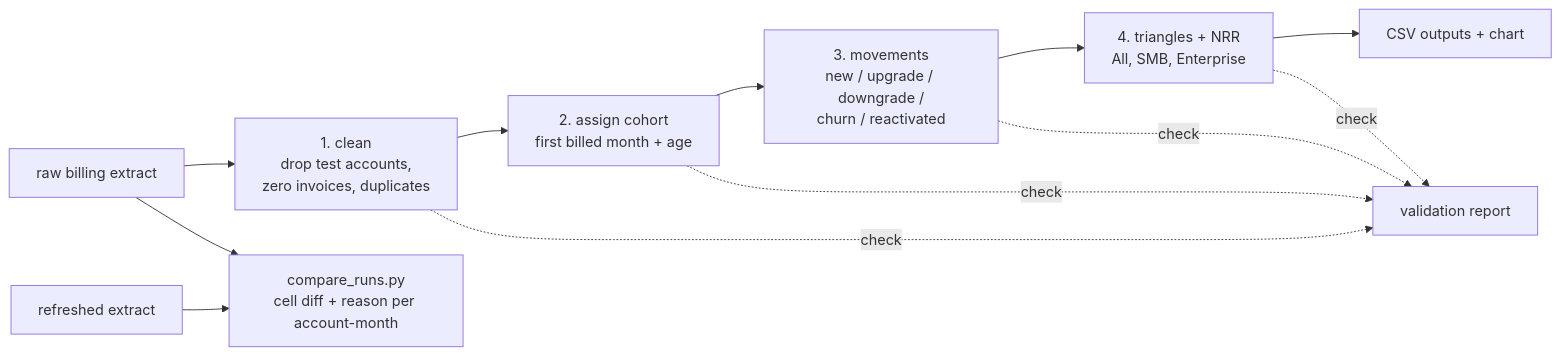
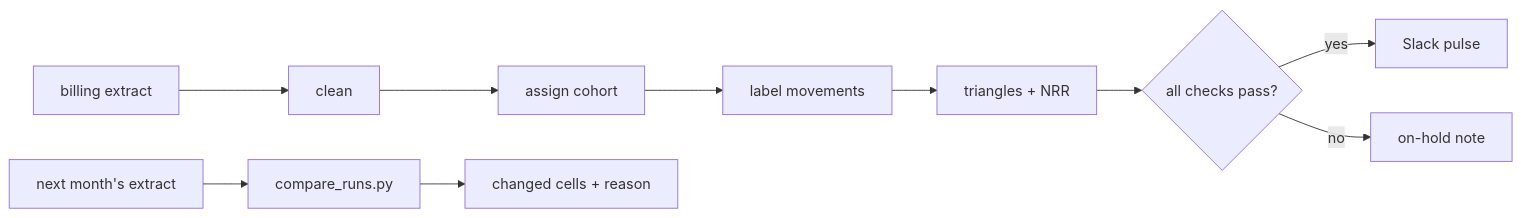
The first of 2 diagrams in README.md (reizaa/saas-cohort-retention), drawn with Mermaid before and after one commit. The commit also changed other lines of this file and 3 other files, not shown here.

````diff
--- a/README.md
+++ b/README.md
@@ -24,14 +21,11 @@
 ```mermaid
 flowchart LR
-    A[raw billing extract] --> B[1. clean<br/>drop test accounts,<br/>zero invoices, duplicates]
-    B --> C[2. assign cohort<br/>first billed month + age]
-    C --> D[3. movements<br/>new / upgrade / downgrade /<br/>churn / reactivated]
-    D --> E[4. triangles + NRR<br/>All, SMB, Enterprise]
-    E --> F[CSV outputs + chart]
-    B -. check .-> V[validation report]
-    C -. check .-> V
-    D -. check .-> V
-    E -. check .-> V
-    A2[refreshed extract] --> R[compare_runs.py<br/>cell diff + reason per account-month]
-    A --> R
+    A[billing extract] --> B[clean]
+    B --> C[assign cohort]
+    C --> D[label movements]
+    D --> E[triangles + NRR]
+    E --> F{all checks pass?}
+    F -- yes --> G[Slack pulse]
+    F -- no --> H[on-hold note]
+    A2[next month's extract] --> R[compare_runs.py] --> R2[changed cells + reason]
 ```
````
